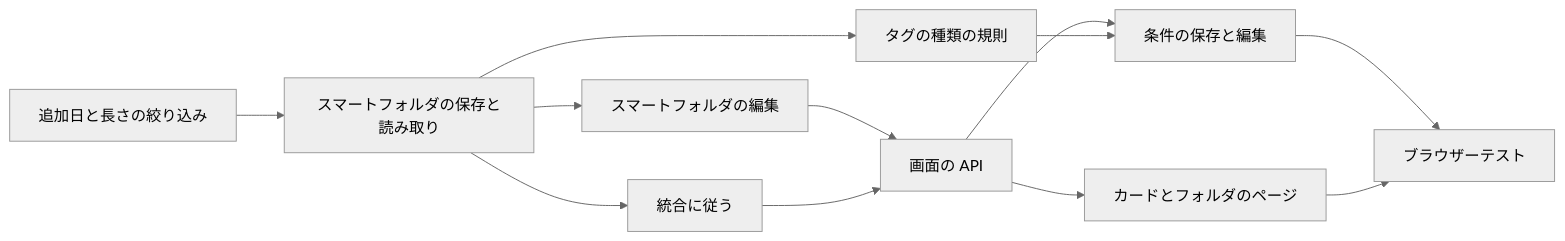
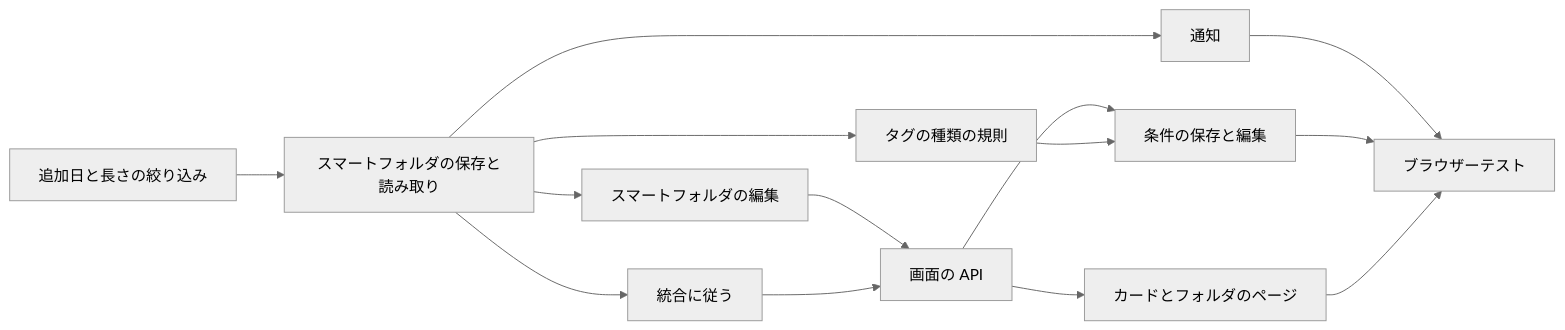
Before and after one commit to syudead/vv: the second of 2 diagrams in translations/ja/specs/052-smart-folders/plan.md, drawn with Mermaid (neutral theme). The commit also changed other lines of this file and 5 other files, not shown here.

````diff
--- a/translations/ja/specs/052-smart-folders/plan.md
+++ b/translations/ja/specs/052-smart-folders/plan.md
@@ -120,14 +120,16 @@
 ```mermaid
 flowchart LR
   facts[追加日と長さの絞り込み] --> read[スマートフォルダの保存と読み取り]
   read --> edit[スマートフォルダの編集]
   read --> merge[統合に従う]
   read --> kind[タグの種類の規則]
+  read --> notice[通知]
   edit --> api[画面の API]
   merge --> api
   api --> save[条件の保存と編集]
   kind --> save
   api --> page[カードとフォルダのページ]
+  notice --> e2e
   save --> e2e[ブラウザーテスト]
   page --> e2e
 ```
````
